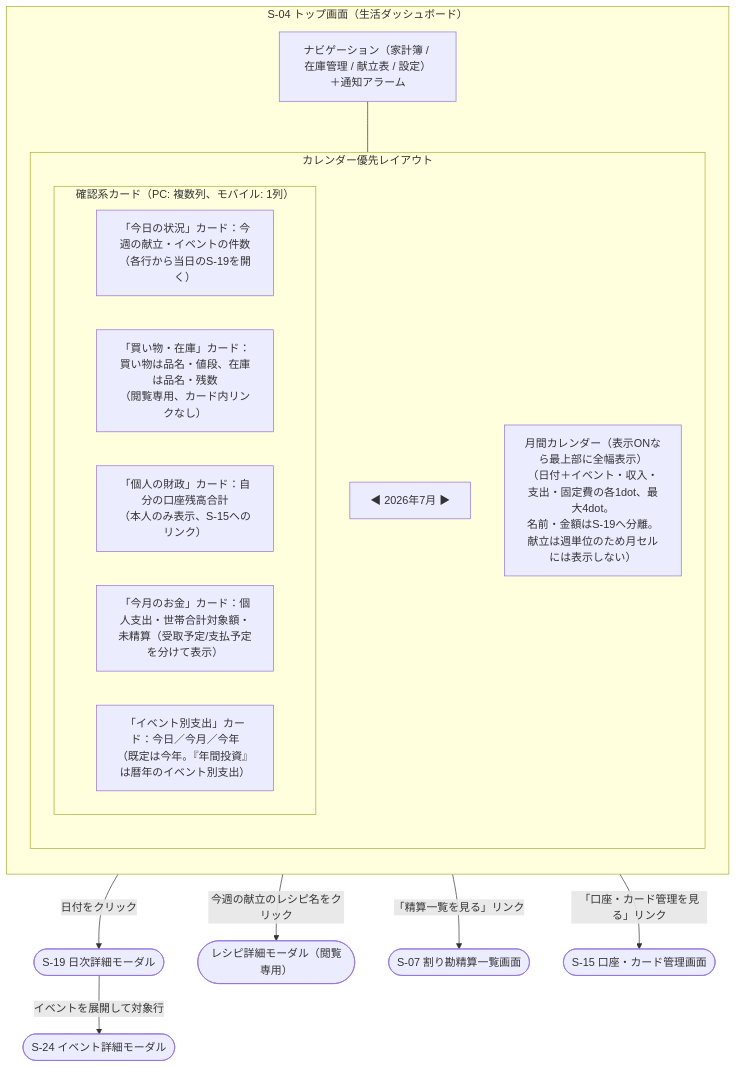
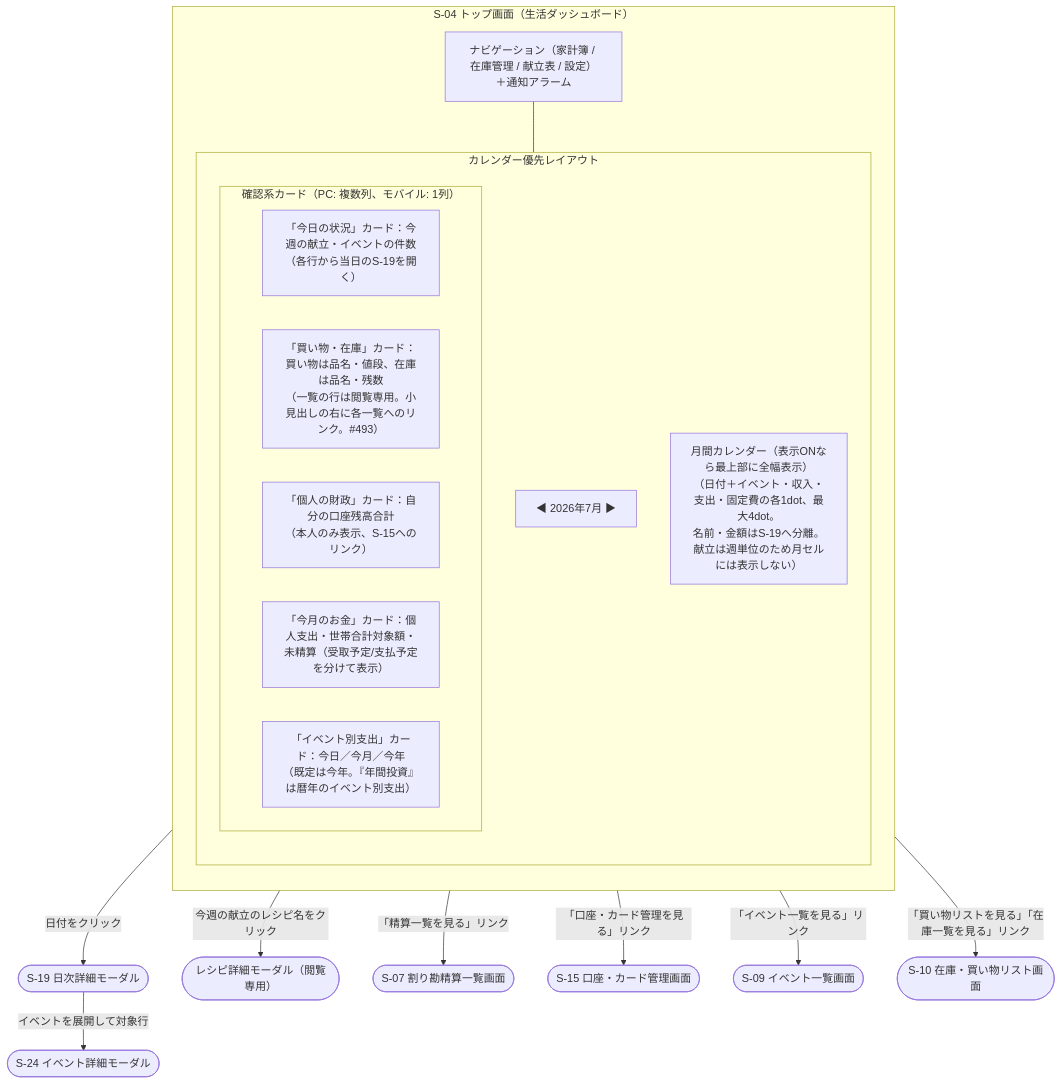
The fourth of 15 diagrams in docs/details/wireframes.md (yamamotonaoki3/HomeLog), drawn with Mermaid before and after one commit. The commit also changed other lines of this file and 11 other files, not shown here.

````diff
--- a/docs/details/wireframes.md
+++ b/docs/details/wireframes.md
@@ -192,26 +192,28 @@
 ```mermaid
 flowchart TD
     subgraph Screen["S-04 トップ画面（生活ダッシュボード）"]
         direction TB
         Nav["ナビゲーション（家計簿 / 在庫管理 / 献立表 / 設定）＋通知アラーム"]
         subgraph Layout["カレンダー優先レイアウト"]
             direction TB
             Header["◀ 2026年7月 ▶"]
             Calendar["月間カレンダー（表示ONなら最上部に全幅表示）\n（日付＋イベント・収入・支出・固定費の各1dot、最大4dot。\n名前・金額はS-19へ分離。献立は週単位のため月セルには表示しない）"]
             subgraph SummaryCards["確認系カード（PC: 複数列、モバイル: 1列）"]
                 direction LR
                 Today["「今日の状況」カード：今週の献立・イベントの件数（各行から当日のS-19を開く）"]
-                Stock["「買い物・在庫」カード：買い物は品名・値段、在庫は品名・残数\n（閲覧専用、カード内リンクなし）"]
+                Stock["「買い物・在庫」カード：買い物は品名・値段、在庫は品名・残数\n（一覧の行は閲覧専用。小見出しの右に各一覧へのリンク。#493）"]
                 Finance["「個人の財政」カード：自分の口座残高合計\n（本人のみ表示、S-15へのリンク）"]
                 Money["「今月のお金」カード：個人支出・世帯合計対象額・\n未精算（受取予定/支払予定を分けて表示）"]
                 EventExpenses["「イベント別支出」カード：今日／今月／今年\n（既定は今年。『年間投資』は暦年のイベント別支出）"]
             end
         end
     end
     Nav --- Layout
     Calendar -- 日付をクリック --> DayModal(["S-19 日次詳細モーダル"])
     DayModal -- イベントを展開して対象行 --> EventModal(["S-24 イベント詳細モーダル"])
     Today -- 今週の献立のレシピ名をクリック --> RecipeModal(["レシピ詳細モーダル（閲覧専用）"])
     Money -- 「精算一覧を見る」リンク --> S07(["S-07 割り勘精算一覧画面"])
     Finance -- 「口座・カード管理を見る」リンク --> S15(["S-15 口座・カード管理画面"])
+    EventExpenses -- 「イベント一覧を見る」リンク --> S09(["S-09 イベント一覧画面"])
+    Stock -- 「買い物リストを見る」「在庫一覧を見る」リンク --> S10(["S-10 在庫・買い物リスト画面"])
 ```
````
